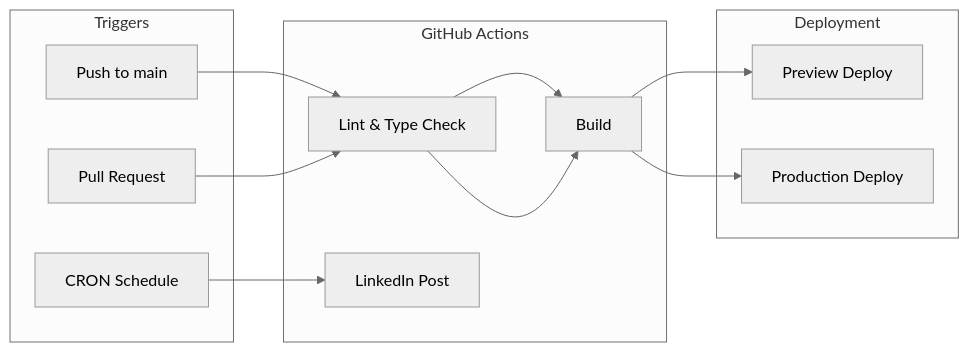
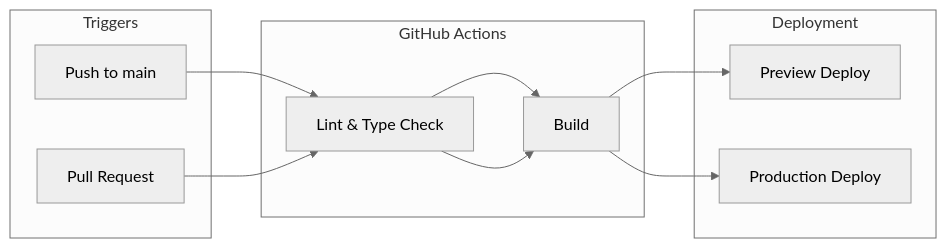
One commit to thomas-to-bcheme/thomas-to-bcheme changed the seventh of 9 diagrams in README.md. Above: the diagram before and after it, drawn with Mermaid (neutral theme). The commit also changed other lines of this file and 95 other files, not shown here.

````diff
--- a/README.md
+++ b/README.md
@@ -360,23 +378,20 @@
 ```mermaid
 flowchart LR
     subgraph Trigger["Triggers"]
         PUSH[Push to main]
-        CRON[CRON Schedule]
         PR[Pull Request]
     end
 
     subgraph Actions["GitHub Actions"]
         LINT[Lint & Type Check]
         BUILD[Build]
-        POST[LinkedIn Post]
     end
 
     subgraph Deploy["Deployment"]
         PREVIEW[Preview Deploy]
         PROD[Production Deploy]
     end
 
     PUSH --> LINT --> BUILD --> PROD
     PR --> LINT --> BUILD --> PREVIEW
-    CRON --> POST
 ```
````
